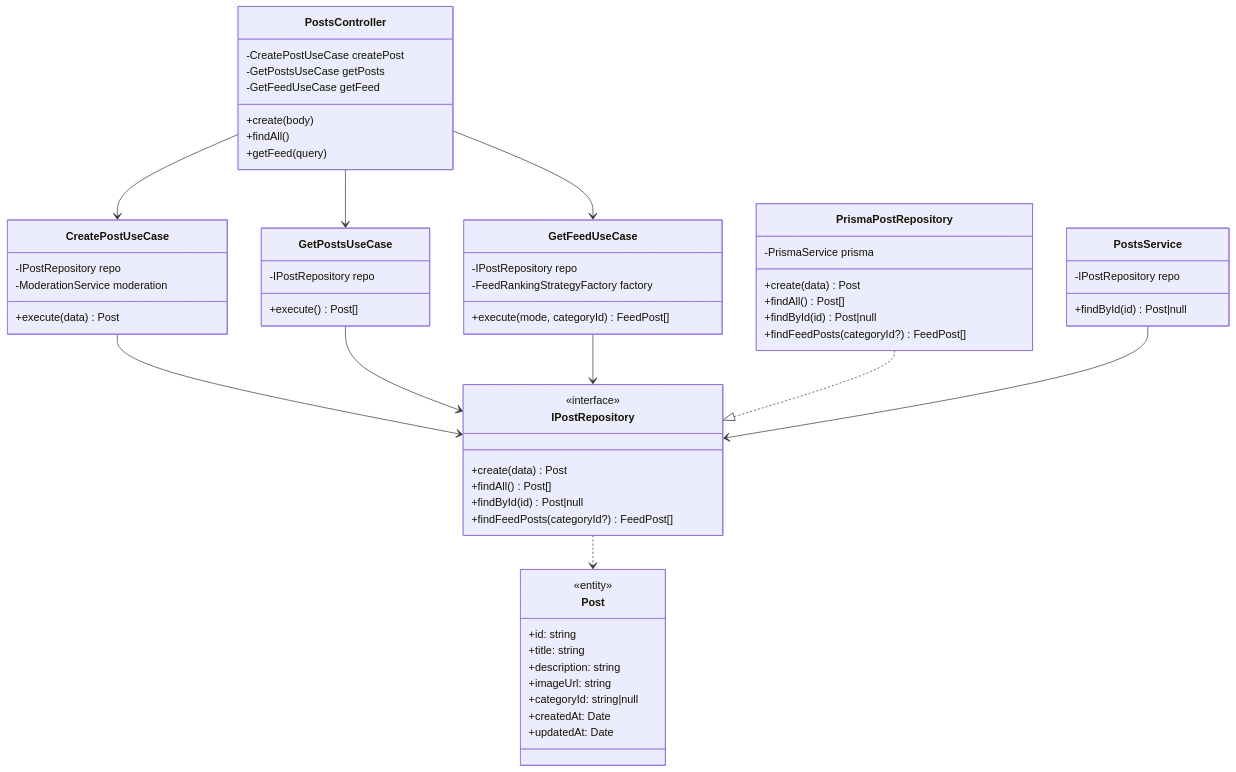
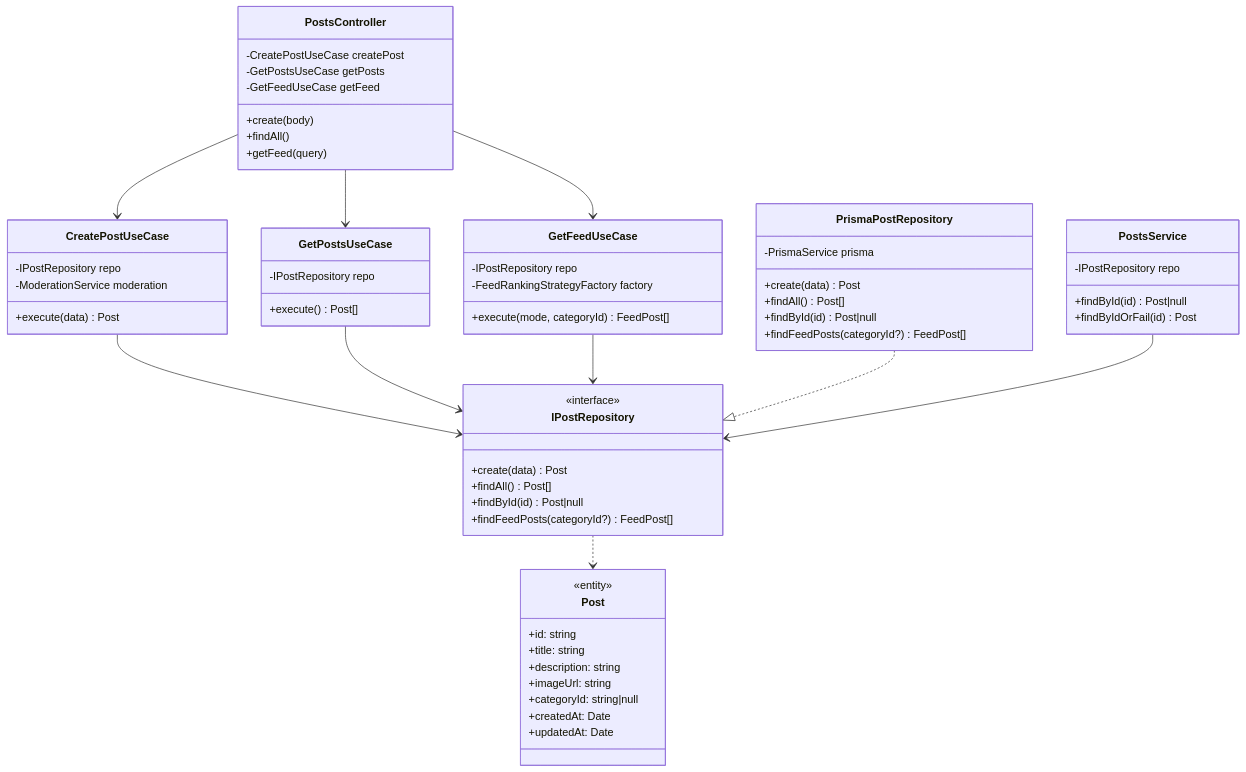
The second of 6 diagrams in .docs/README.md (LizardoFSA/INFO1156-AC_06-Clean-Architecture), drawn with Mermaid before and after one commit. The commit also changed other lines of this file and 15 other files, not shown here.

Commit message:
feat: refactor database schema to use UUIDs and improve moderation functionality

````diff
--- a/.docs/README.md
+++ b/.docs/README.md
@@ -135,72 +135,73 @@
 ```mermaid
 classDiagram
     direction TB
 
     class PostsController {
         -CreatePostUseCase createPost
         -GetPostsUseCase getPosts
         -GetFeedUseCase getFeed
         +create(body)
         +findAll()
         +getFeed(query)
     }
 
     class CreatePostUseCase {
         -IPostRepository repo
         -ModerationService moderation
         +execute(data) Post
     }
 
     class GetPostsUseCase {
         -IPostRepository repo
         +execute() Post[]
     }
 
     class GetFeedUseCase {
         -IPostRepository repo
         -FeedRankingStrategyFactory factory
         +execute(mode, categoryId) FeedPost[]
     }
 
     class IPostRepository {
         <<interface>>
         +create(data) Post
         +findAll() Post[]
         +findById(id) Post|null
         +findFeedPosts(categoryId?) FeedPost[]
     }
 
     class PrismaPostRepository {
         -PrismaService prisma
         +create(data) Post
         +findAll() Post[]
         +findById(id) Post|null
         +findFeedPosts(categoryId?) FeedPost[]
     }
 
     class Post {
         <<entity>>
         +id: string
         +title: string
         +description: string
         +imageUrl: string
         +categoryId: string|null
         +createdAt: Date
         +updatedAt: Date
     }
 
     class PostsService {
         -IPostRepository repo
         +findById(id) Post|null
+        +findByIdOrFail(id) Post
     }
 
     PostsController --> CreatePostUseCase
     PostsController --> GetPostsUseCase
     PostsController --> GetFeedUseCase
     CreatePostUseCase --> IPostRepository
     GetPostsUseCase --> IPostRepository
     GetFeedUseCase --> IPostRepository
     PrismaPostRepository ..|> IPostRepository
     IPostRepository ..> Post
     PostsService --> IPostRepository
 ```
````
